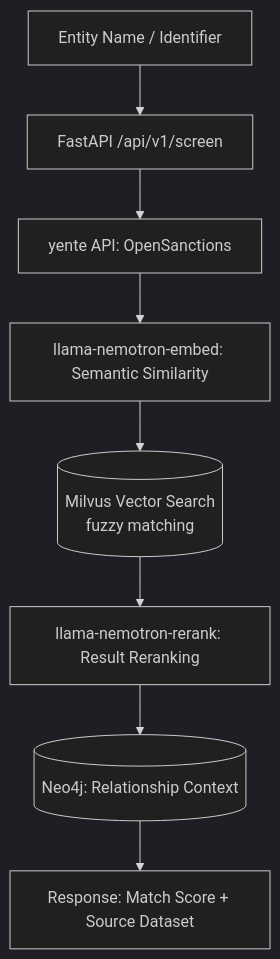
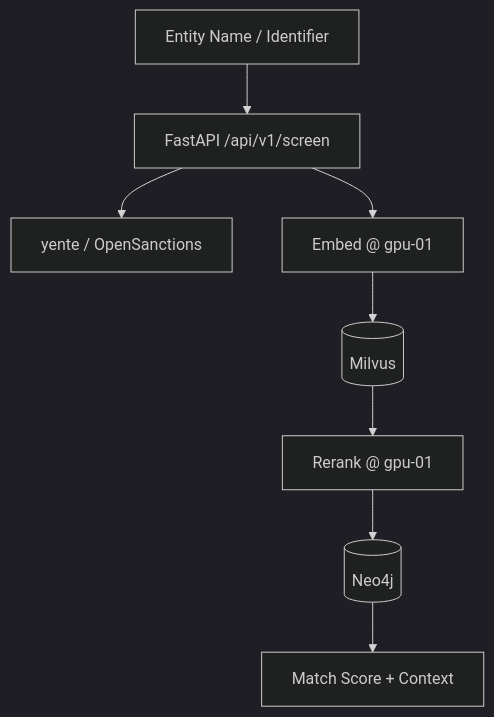
Before and after one commit to zeshaq/goaml-v2: the fourth of 5 diagrams in goAML-V2-PROJECT-OVERVIEW.md, drawn with Mermaid (dark theme). The commit also changed other lines of this file and 101 other files, not shown here.

````diff
--- a/goAML-V2-PROJECT-OVERVIEW.md
+++ b/goAML-V2-PROJECT-OVERVIEW.md
@@ -381,10 +397,10 @@
 ```mermaid
 flowchart TD
-    ENT[Entity Name / Identifier] --> API[FastAPI /api/v1/screen]
-    API --> YENTE[yente API: OpenSanctions]
-    YENTE --> EMBED[llama-nemotron-embed: Semantic Similarity]
-    EMBED --> MILVUS[(Milvus Vector Search <br> fuzzy matching)]
-    MILVUS --> RERANK[llama-nemotron-rerank: Result Reranking]
-    RERANK --> NEO[(Neo4j: Relationship Context)]
-    NEO --> RES[Response: Match Score + Source Dataset]
+    ENT["Entity Name / Identifier"] --> API["FastAPI /api/v1/screen"]
+    API --> YENTE["yente / OpenSanctions"]
+    API --> EMBED["Embed @ gpu-01"]
+    EMBED --> MILVUS[(Milvus)]
+    MILVUS --> RERANK["Rerank @ gpu-01"]
+    RERANK --> NEO[(Neo4j)]
+    NEO --> RES["Match Score + Context"]
 ```
````
